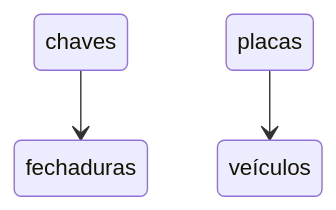
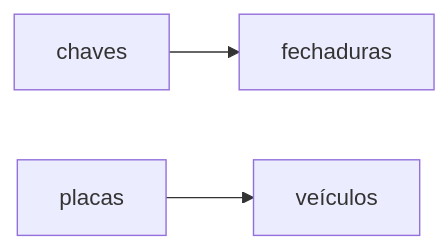
The diagram in modulo1/aula01.md (LFBossa/PIAPE232), drawn with Mermaid before and after one commit. The commit also changed other lines of this file, not shown here.

Commit message:
diagrama melhorado e notação

````diff
--- a/modulo1/aula01.md
+++ b/modulo1/aula01.md
@@ -12,5 +13,5 @@
 ```mermaid
-stateDiagram
+flowchart LR
     chaves --> fechaduras
     placas --> veículos
 ```
````
